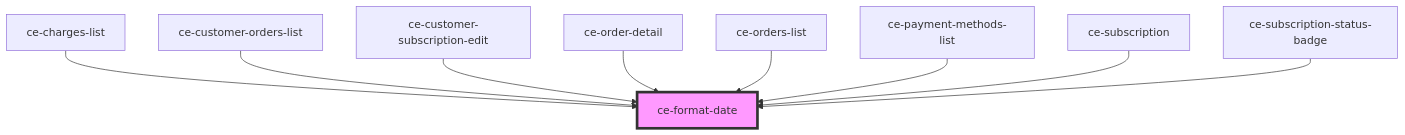
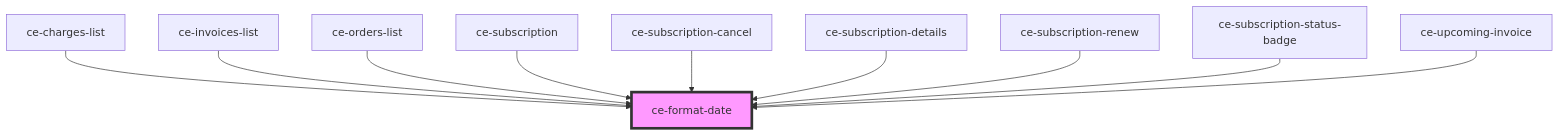
The diagram in packages/components/src/components/util/format-date/readme.md (surecart/surecart-wp-plugin), drawn with Mermaid before and after one commit. The commit also changed other lines of this file and 118 other files, not shown here.

````diff
--- a/packages/components/src/components/util/format-date/readme.md
+++ b/packages/components/src/components/util/format-date/readme.md
@@ -42,12 +43,13 @@
 ```mermaid
 graph TD;
   ce-charges-list --> ce-format-date
-  ce-customer-orders-list --> ce-format-date
-  ce-customer-subscription-edit --> ce-format-date
-  ce-order-detail --> ce-format-date
+  ce-invoices-list --> ce-format-date
   ce-orders-list --> ce-format-date
-  ce-payment-methods-list --> ce-format-date
   ce-subscription --> ce-format-date
+  ce-subscription-cancel --> ce-format-date
+  ce-subscription-details --> ce-format-date
+  ce-subscription-renew --> ce-format-date
   ce-subscription-status-badge --> ce-format-date
+  ce-upcoming-invoice --> ce-format-date
   style ce-format-date fill:#f9f,stroke:#333,stroke-width:4px
 ```
````
